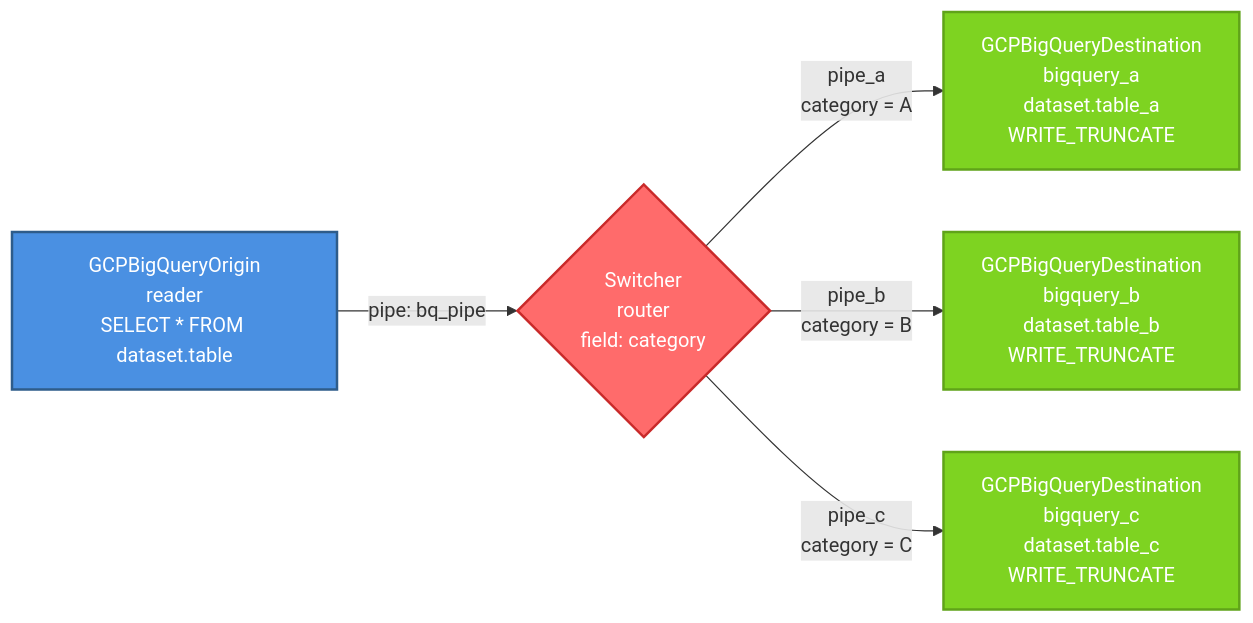
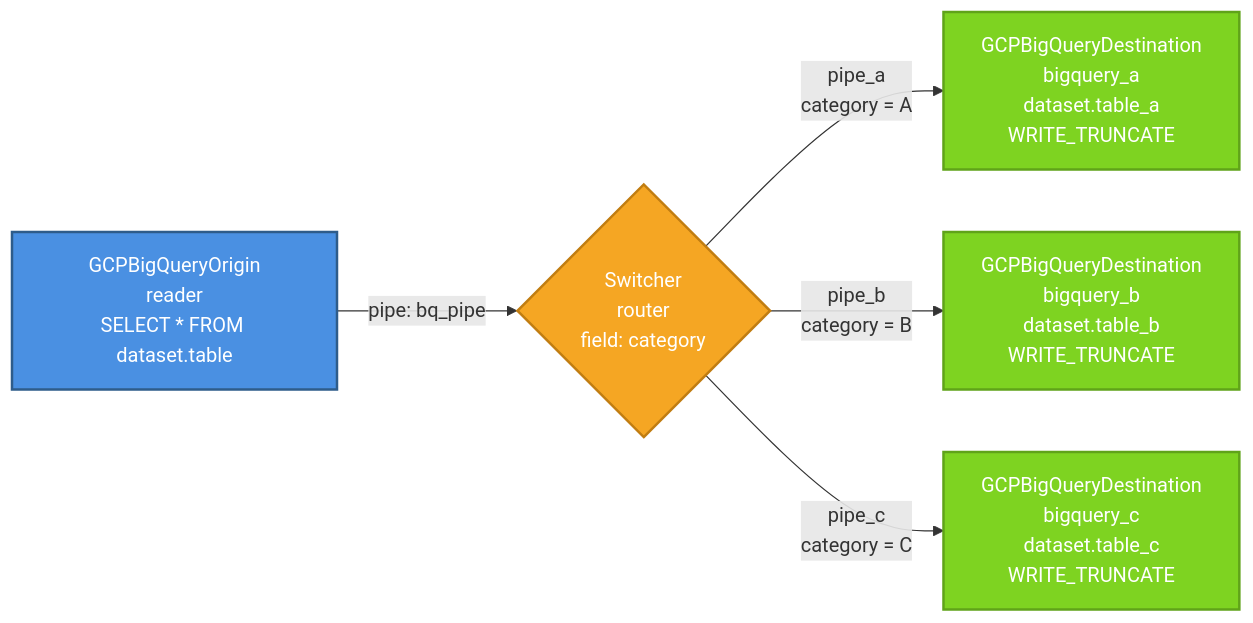
One commit to bernardo-colorado-dubois/open-stage changed the fourth of 4 diagrams in README.md. Above: the diagram before and after it, drawn with Mermaid.

Commit message:
agregando diagramas en ejemplos de markdown

````diff
--- a/README.md
+++ b/README.md
@@ -350,18 +350,18 @@
 ```mermaid
 graph LR
     A[GCPBigQueryOrigin<br/>reader<br/>SELECT * FROM dataset.table] -->|pipe: bq_pipe| B{Switcher<br/>router<br/>field: category}
     
     B -->|pipe_a<br/>category = A| C[GCPBigQueryDestination<br/>bigquery_a<br/>dataset.table_a<br/>WRITE_TRUNCATE]
     B -->|pipe_b<br/>category = B| D[GCPBigQueryDestination<br/>bigquery_b<br/>dataset.table_b<br/>WRITE_TRUNCATE]
     B -->|pipe_c<br/>category = C| E[GCPBigQueryDestination<br/>bigquery_c<br/>dataset.table_c<br/>WRITE_TRUNCATE]
     
     style A fill:#4A90E2,stroke:#2E5C8A,stroke-width:2px,color:#fff
-    style B fill:#FF6B6B,stroke:#C92A2A,stroke-width:2px,color:#fff
+    style B fill:#F5A623,stroke:#C17D11,stroke-width:2px,color:#fff
     style C fill:#7ED321,stroke:#5FA319,stroke-width:2px,color:#fff
     style D fill:#7ED321,stroke:#5FA319,stroke-width:2px,color:#fff
     style E fill:#7ED321,stroke:#5FA319,stroke-width:2px,color:#fff
     
     classDef origin fill:#4A90E2,stroke:#2E5C8A,stroke-width:2px,color:#fff
-    classDef router fill:#FF6B6B,stroke:#C92A2A,stroke-width:2px,color:#fff
+    classDef router fill:#F5A623,stroke:#C17D11,stroke-width:2px,color:#fff
     classDef destination fill:#7ED321,stroke:#5FA319,stroke-width:2px,color:#fff
 ```
````
